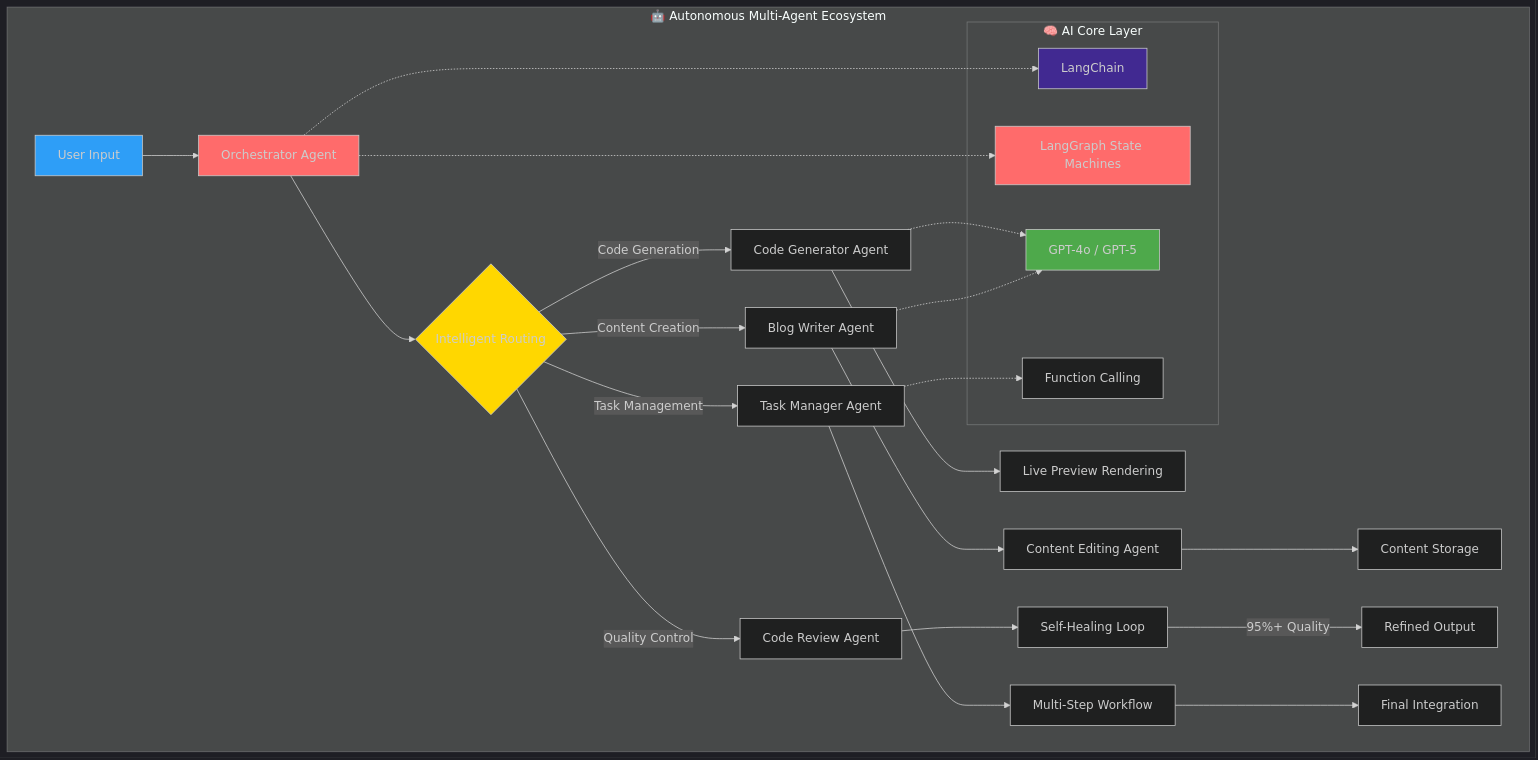
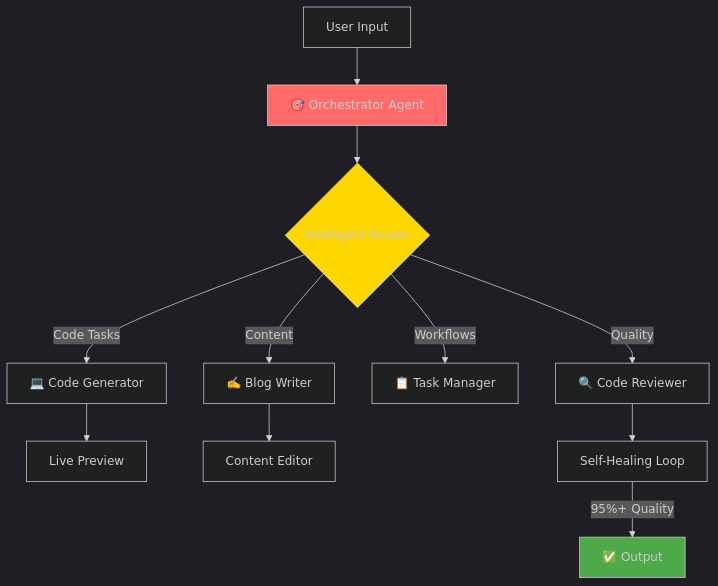
The first of 2 diagrams in README.md (suyashagrahari/suyashagrahari), drawn with Mermaid before and after one commit. The commit also changed other lines of this file, not shown here.

````diff
--- a/README.md
+++ b/README.md
@@ -144,43 +60,20 @@
 ```mermaid
 %%{init: {'theme':'dark'}}%%
 graph TB
-    subgraph "🤖 Autonomous Multi-Agent Ecosystem"
-        A[User Input] --> B[Orchestrator Agent]
-        B --> C{Intelligent Routing}
-        
-        C -->|Code Generation| D[Code Generator Agent]
-        C -->|Content Creation| E[Blog Writer Agent]
-        C -->|Task Management| F[Task Manager Agent]
-        C -->|Quality Control| G[Code Review Agent]
-        
-        D --> H[Live Preview Rendering]
-        E --> I[Content Editing Agent]
-        I --> J[Content Storage]
-        
-        G --> K[Self-Healing Loop]
-        K -->|95%+ Quality| L[Refined Output]
-        
-        F --> M[Multi-Step Workflow]
-        M --> N[Final Integration]
-        
-        subgraph "🧠 AI Core Layer"
-            O[LangChain]
-            P[LangGraph State Machines]
-            Q[GPT-4o / GPT-5]
-            R[Function Calling]
-        end
-        
-        B -.-> O
-        B -.-> P
-        D -.-> Q
-        E -.-> Q
-        F -.-> R
-    end
+    A[User Input] --> B[🎯 Orchestrator Agent]
+    B --> C{Intelligent Router}
     
-    style A fill:#2E9EF7
+    C -->|Code Tasks| D[💻 Code Generator]
+    C -->|Content| E[✍️ Blog Writer]
+    C -->|Workflows| F[📋 Task Manager]
+    C -->|Quality| G[🔍 Code Reviewer]
+    
+    D --> H[Live Preview]
+    E --> I[Content Editor]
+    G --> J[Self-Healing Loop]
+    J -->|95%+ Quality| K[✅ Output]
+    
     style B fill:#FF6B6B
     style C fill:#FFD700
-    style O fill:#412991
-    style P fill:#FF6B6B
-    style Q fill:#4EA94B
+    style K fill:#4EA94B
 ```
````
